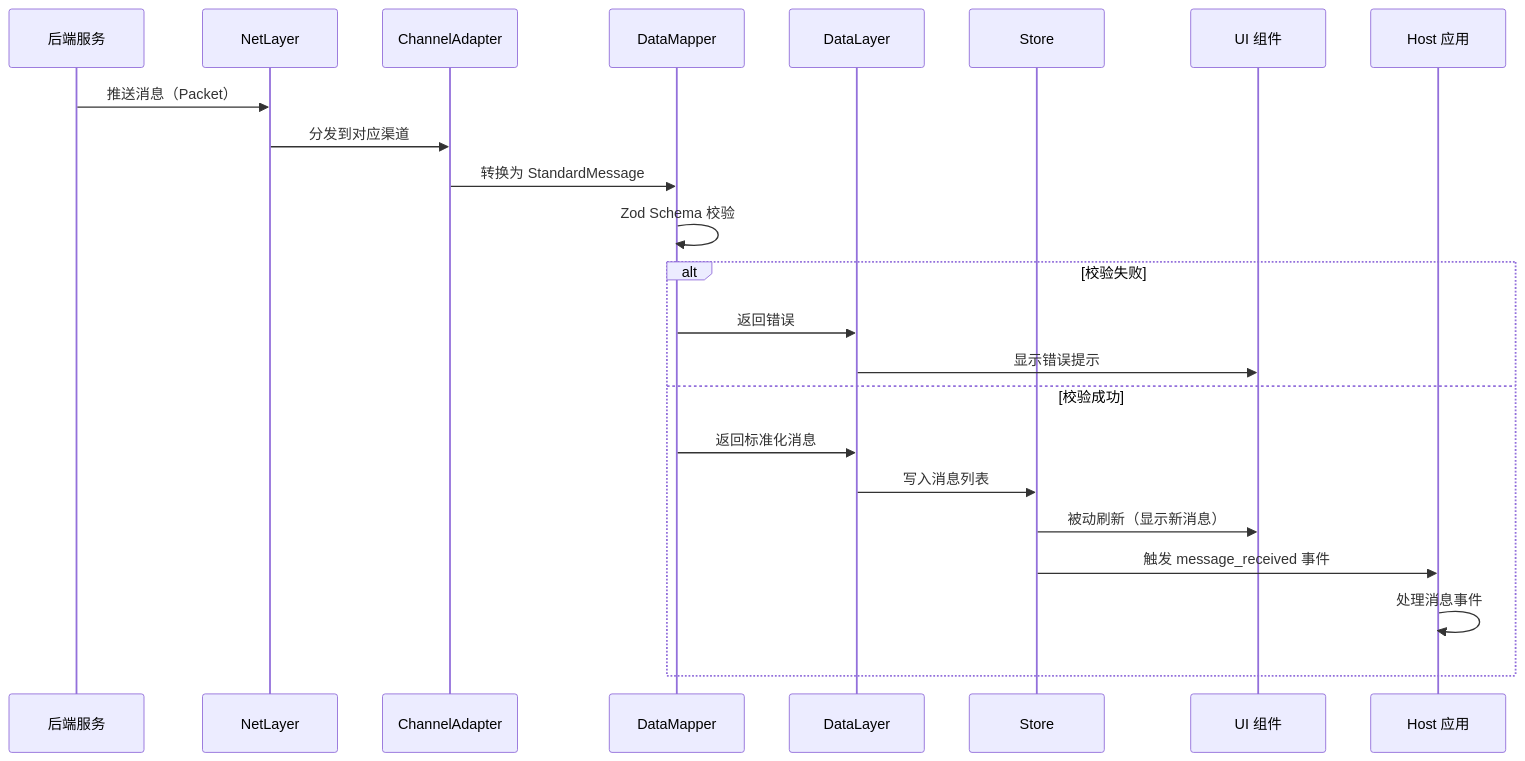
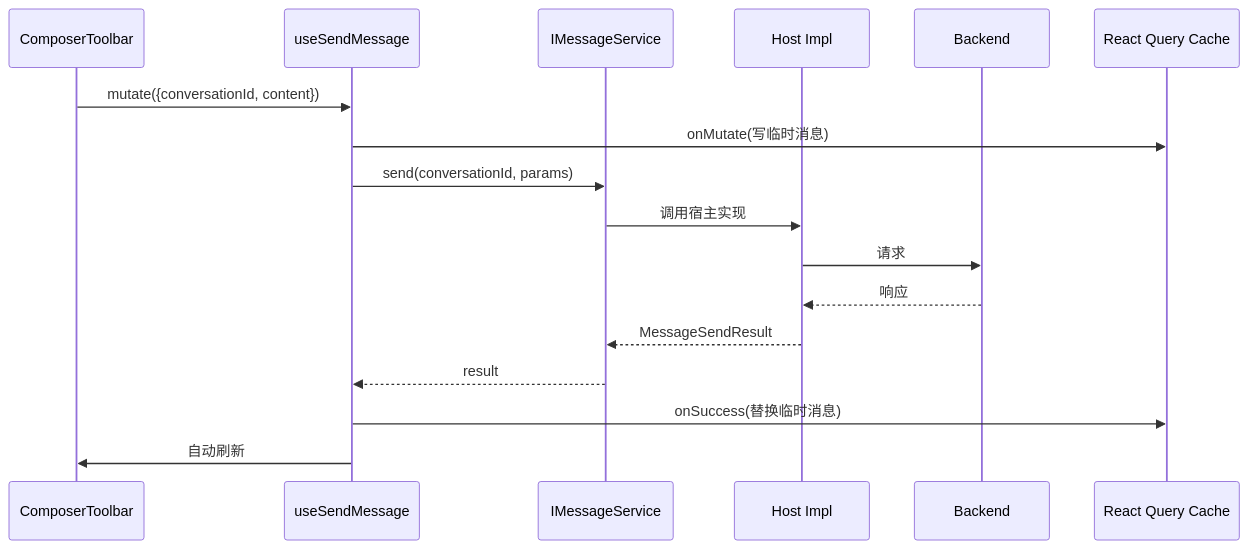
Before and after one commit to givingwu/bifrost-chat: the second of 3 diagrams in docs/architecture-diagrams.md, drawn with Mermaid. The commit also changed other lines of this file and 18 other files, not shown here.

First line of the commit message:
docs(architecture): unify all docs to v3 baseline terminology and structure

````diff
--- a/docs/architecture-diagrams.md
+++ b/docs/architecture-diagrams.md
@@ -327,26 +32,20 @@
 ```mermaid
 sequenceDiagram
-    participant Server as 后端服务
-    participant NetLayer as NetLayer
-    participant Adapter as ChannelAdapter
-    participant Mapper as DataMapper
-    participant DataLayer as DataLayer
-    participant Store as Store
-    participant UI as UI 组件
-    participant Host as Host 应用
+  participant UI as ComposerToolbar
+  participant Hook as useSendMessage
+  participant Svc as IMessageService
+  participant Host as Host Impl
+  participant API as Backend
+  participant Cache as React Query Cache
 
-    Server->>NetLayer: 推送消息（Packet）
-    NetLayer->>Adapter: 分发到对应渠道
-    Adapter->>Mapper: 转换为 StandardMessage
-    Mapper->>Mapper: Zod Schema 校验
-    alt 校验失败
-        Mapper->>DataLayer: 返回错误
-        DataLayer->>UI: 显示错误提示
-    else 校验成功
-        Mapper->>DataLayer: 返回标准化消息
-        DataLayer->>Store: 写入消息列表
-        Store->>UI: 被动刷新（显示新消息）
-        Store->>Host: 触发 message_received 事件
-        Host->>Host: 处理消息事件
-    end
+  UI->>Hook: mutate({conversationId, content})
+  Hook->>Cache: onMutate(写临时消息)
+  Hook->>Svc: send(conversationId, params)
+  Svc->>Host: 调用宿主实现
+  Host->>API: 请求
+  API-->>Host: 响应
+  Host-->>Svc: MessageSendResult
+  Svc-->>Hook: result
+  Hook->>Cache: onSuccess(替换临时消息)
+  Hook->>UI: 自动刷新
 ```
````
